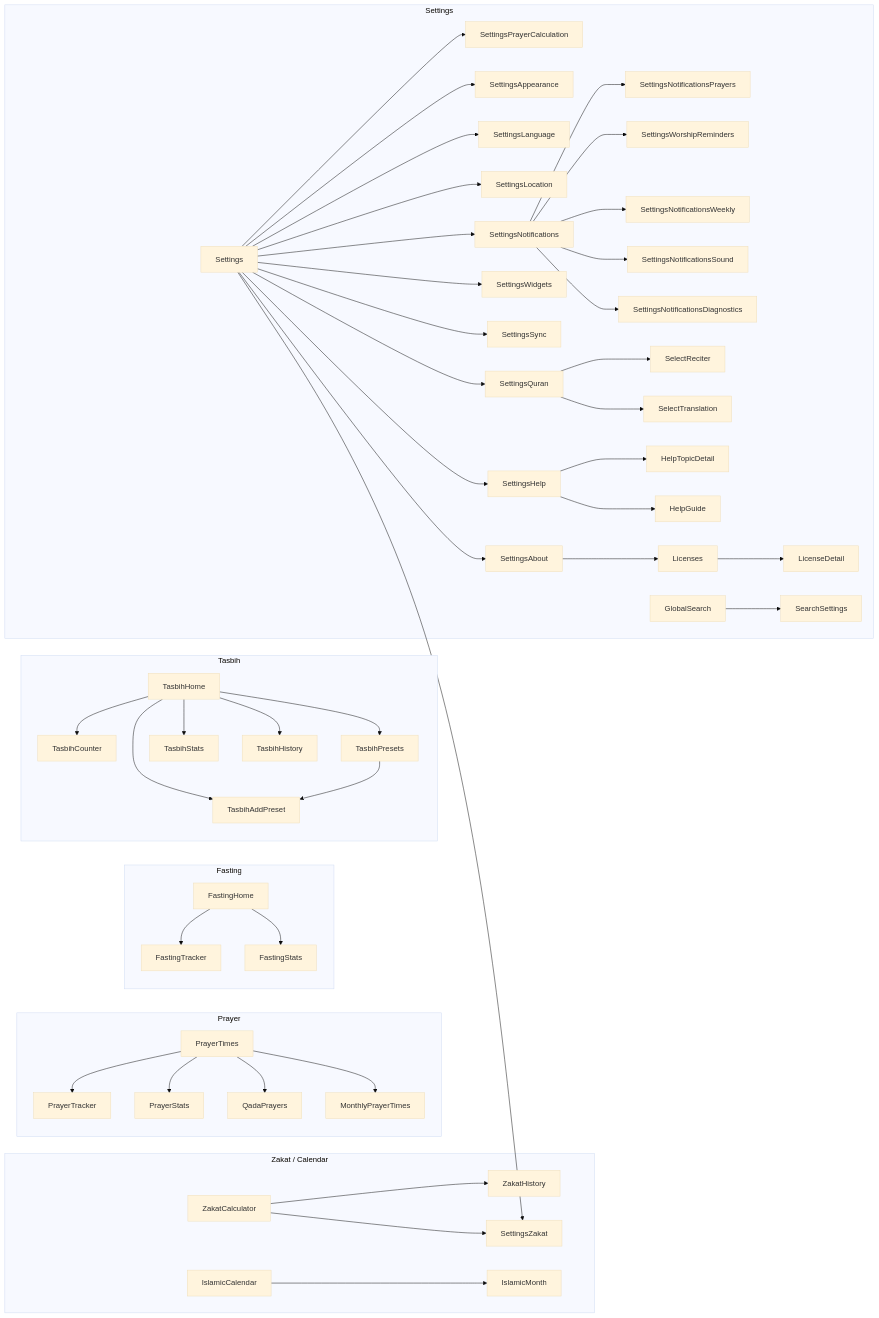
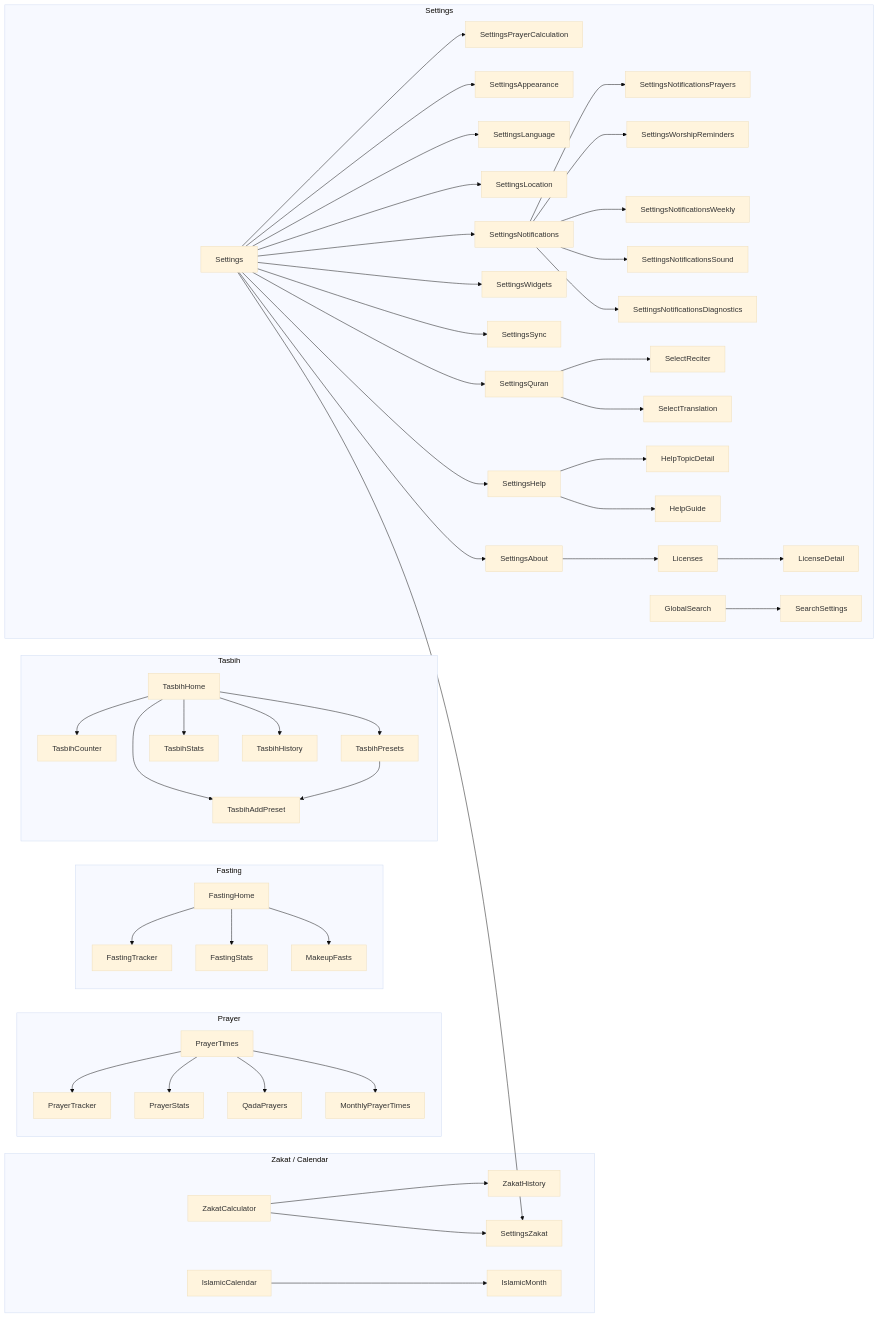
Before and after one commit to arshad-shah/Nimaz: the third of 4 diagrams in docs/NAVIGATION.md, drawn with Mermaid (base theme). The commit also changed other lines of this file and 12 other files, not shown here.

First line of the commit message:
feat(fasting): make-up fasts becomes a place you go, not a tab you find

````diff
--- a/docs/NAVIGATION.md
+++ b/docs/NAVIGATION.md
@@ -135,34 +135,34 @@
 ```mermaid
 flowchart LR
     subgraph P["Prayer"]
         PrayerTimes --> PrayerTracker & PrayerStats & QadaPrayers & MonthlyPrayerTimes
     end
 
     subgraph F["Fasting"]
-        FastingHome --> FastingTracker & FastingStats
+        FastingHome --> FastingTracker & FastingStats & MakeupFasts
     end
 
     subgraph T["Tasbih"]
         TasbihHome --> TasbihCounter & TasbihPresets & TasbihStats & TasbihHistory & TasbihAddPreset
         TasbihPresets --> TasbihAddPreset
     end
 
     subgraph Z["Zakat / Calendar"]
         ZakatCalculator --> ZakatHistory & SettingsZakat
         IslamicCalendar --> IslamicMonth
     end
 
     subgraph S["Settings"]
         Settings --> SettingsPrayerCalculation & SettingsAppearance & SettingsLanguage
         Settings --> SettingsLocation & SettingsQuran & SettingsWidgets & SettingsSync
         Settings --> SettingsZakat
         Settings --> SettingsNotifications & SettingsHelp & SettingsAbout
         SettingsNotifications --> SettingsNotificationsPrayers & SettingsWorshipReminders
         SettingsNotifications --> SettingsNotificationsWeekly & SettingsNotificationsSound
         SettingsNotifications --> SettingsNotificationsDiagnostics
         SettingsQuran --> SelectReciter & SelectTranslation
         SettingsHelp --> HelpTopicDetail & HelpGuide
         SettingsAbout --> Licenses --> LicenseDetail
         GlobalSearch --> SearchSettings
     end
 ```
````
